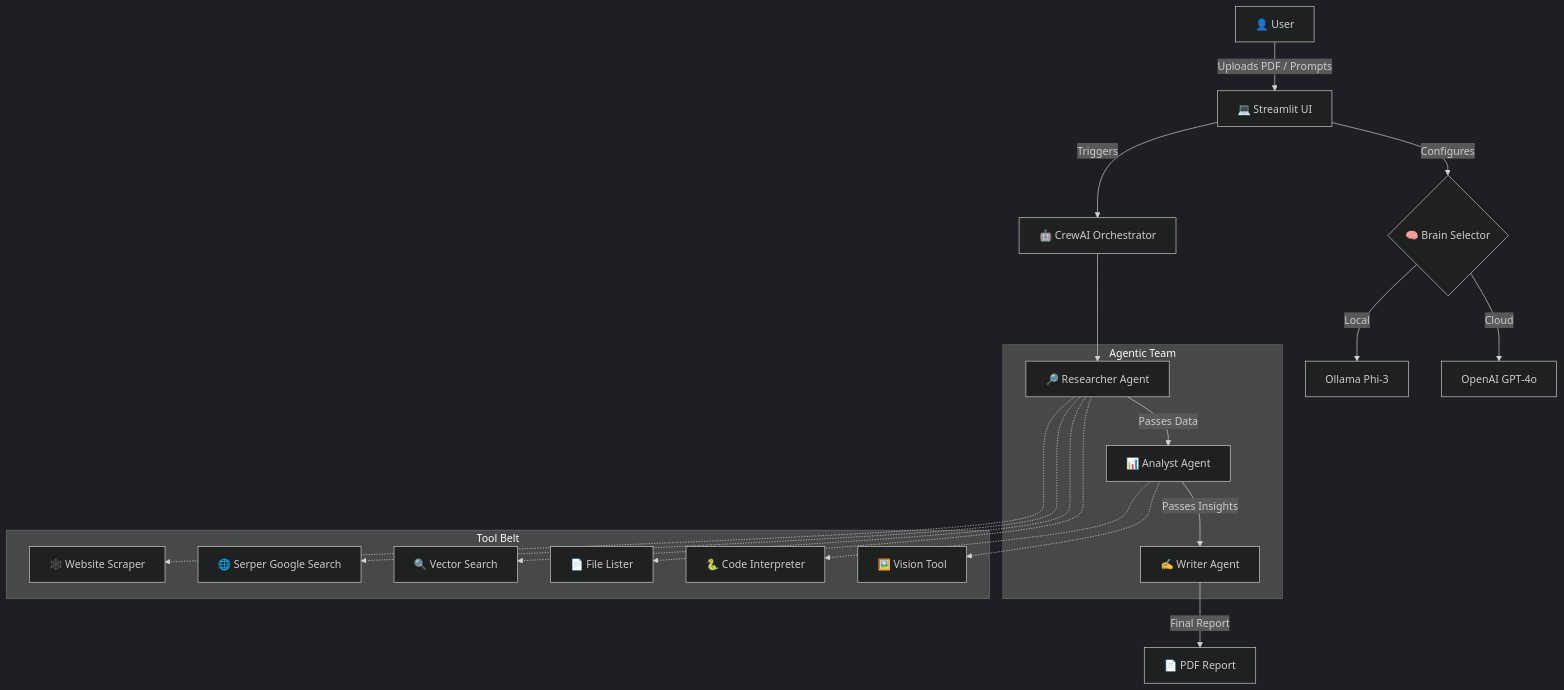
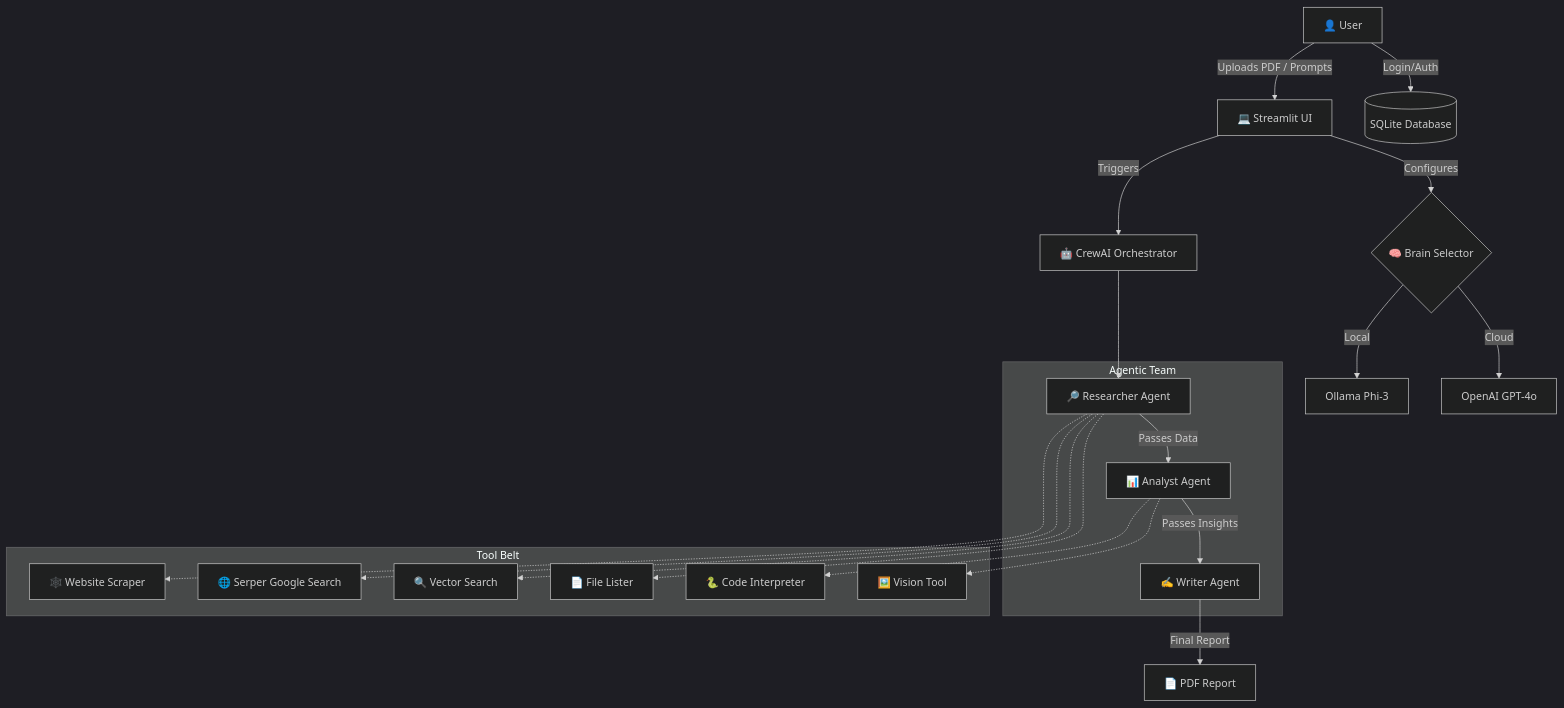
The first of 2 diagrams in readme.md (mohitrock850/Autonomous-Enterprise-Researcher), drawn with Mermaid (dark theme) before and after one commit. The commit also changed other lines of this file, not shown here.

````diff
--- a/readme.md
+++ b/readme.md
@@ -75,34 +76,35 @@
 ```mermaid
 graph TD
-    User[👤 User] -->|Uploads PDF / Prompts| UI[💻 Streamlit UI]
+    User[👤 User] -->|Login/Auth| DB[(SQLite Database)]
+    User -->|Uploads PDF / Prompts| UI[💻 Streamlit UI]
     UI -->|Configures| Brain{🧠 Brain Selector}
     
     Brain -->|Cloud| GPT[OpenAI GPT-4o]
     Brain -->|Local| Phi[Ollama Phi-3]
     
     UI -->|Triggers| Crew[🤖 CrewAI Orchestrator]
     
     subgraph "Agentic Team"
         Res[🔎 Researcher Agent]
         Ana[📊 Analyst Agent]
         Wri[✍️ Writer Agent]
     end
     
     Crew --> Res
     Res -->|Passes Data| Ana
     Ana -->|Passes Insights| Wri
     
     subgraph "Tool Belt"
         T1[📄 File Lister]
         T2[🔍 Vector Search]
         T3[🖼️ Vision Tool]
         T4[🐍 Code Interpreter]
         T5[🌐 Serper Google Search]
         T6[🕸️ Website Scraper]
     end
     
     Res -.-> T1 & T2 & T5 & T6
     Ana -.-> T3 & T4
     
     Wri -->|Final Report| Report[📄 PDF Report]
 ```
````
